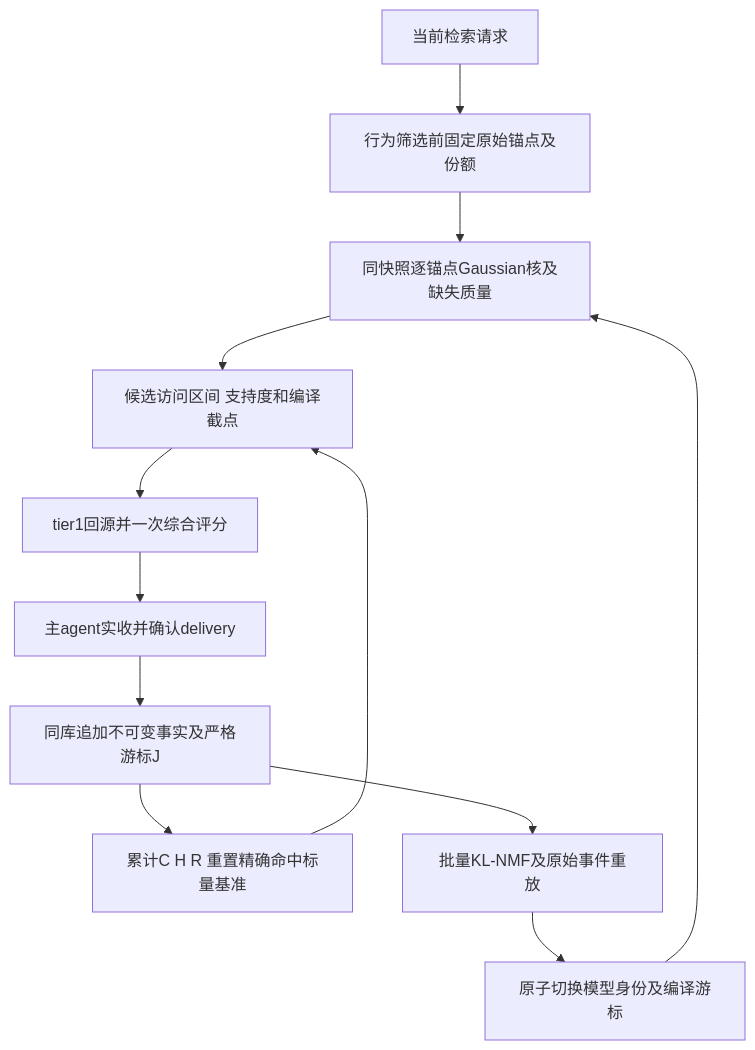
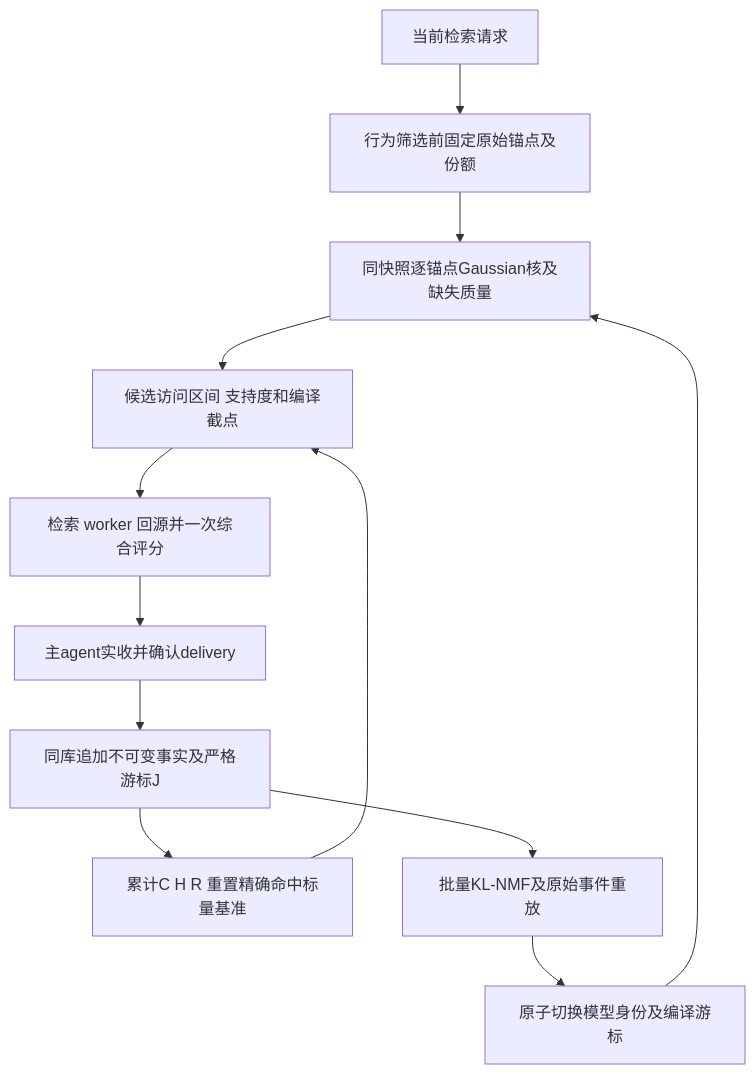
One commit to YS-Pan/basePack changed the diagram in devDoc/tasks/20261115-real-use-rectification/target-architecture.md. Above: the diagram before and after it, drawn with Mermaid. The commit also changed other lines of this file and 29 other files, not shown here.

````diff
--- a/devDoc/tasks/20261115-real-use-rectification/target-architecture.md
+++ b/devDoc/tasks/20261115-real-use-rectification/target-architecture.md
@@ -108,14 +108,14 @@
 ```mermaid
 flowchart TD
   Q[当前检索请求] --> A[行为筛选前固定原始锚点及份额]
   A --> R[同快照逐锚点Gaussian核及缺失质量]
   R --> U[候选访问区间 支持度和编译截点]
-  U --> S[tier1回源并一次综合评分]
+  U --> S[检索 worker 回源并一次综合评分]
   S --> D[主agent实收并确认delivery]
   D --> E[同库追加不可变事实及严格游标J]
   E --> C[累计C H R 重置精确命中标量基准]
   C --> U
   E --> N[批量KL-NMF及原始事件重放]
   N --> P[原子切换模型身份及编译游标]
   P --> R
 ```
````
